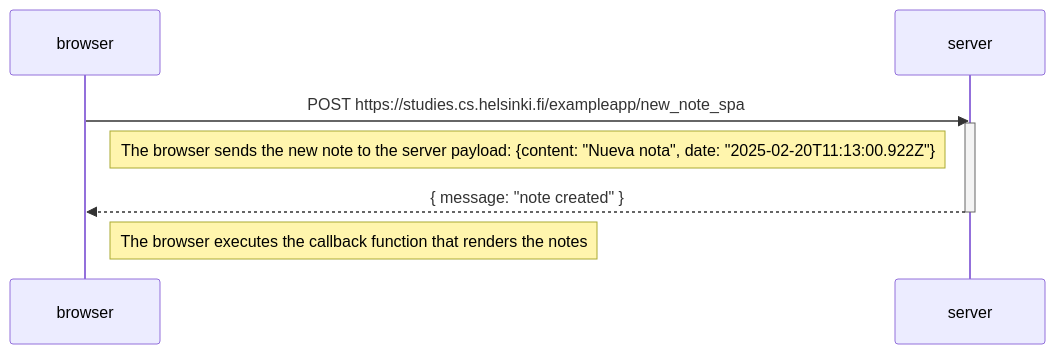
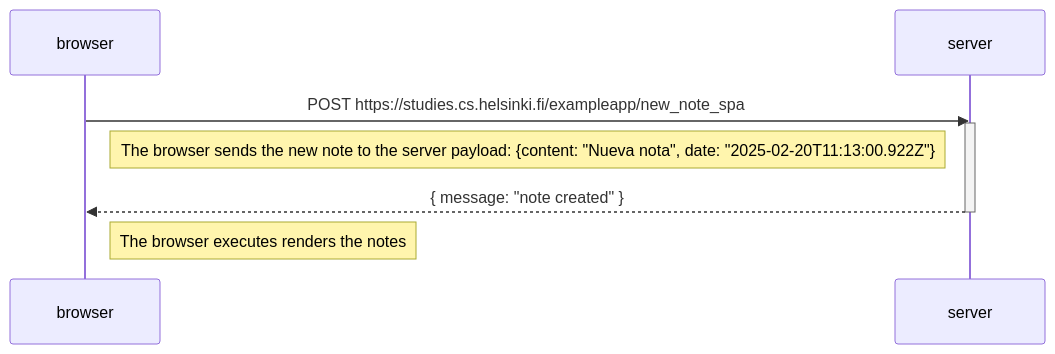
One commit to GinesP/FullStackOpen changed the diagram in part0/ex06.md. Above: the diagram before and after it, drawn with Mermaid.

Commit message:
Actualizar diagrama de secuencia para simplificar la descripción de la ejecución en el navegador

````diff
--- a/part0/ex06.md
+++ b/part0/ex06.md
@@ -1,15 +1,15 @@
 ```mermaid
 sequenceDiagram
 	participant browser
 	participant server
 
 	browser ->> server: POST https://studies.cs.helsinki.fi/exampleapp/new_note_spa
 	activate server
 	Note right of browser: The browser sends the new note to the server payload: {content: "Nueva nota", date: "2025-02-20T11:13:00.922Z"}
 	
 	server -->> browser: { message: "note created" }
 	deactivate server
 
-	Note right of browser: The browser executes the callback function that renders the notes
+	Note right of browser: The browser executes renders the notes
 
 ```
````
